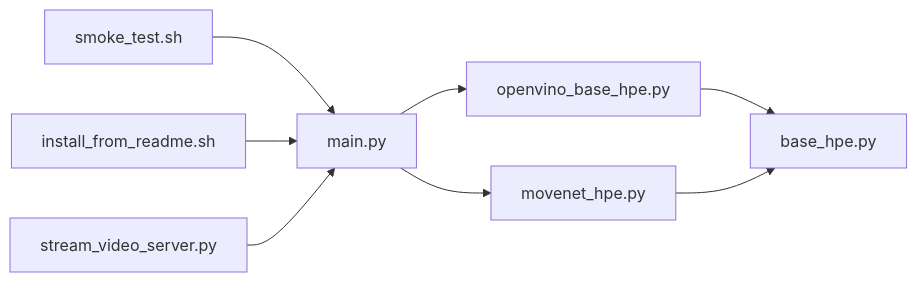
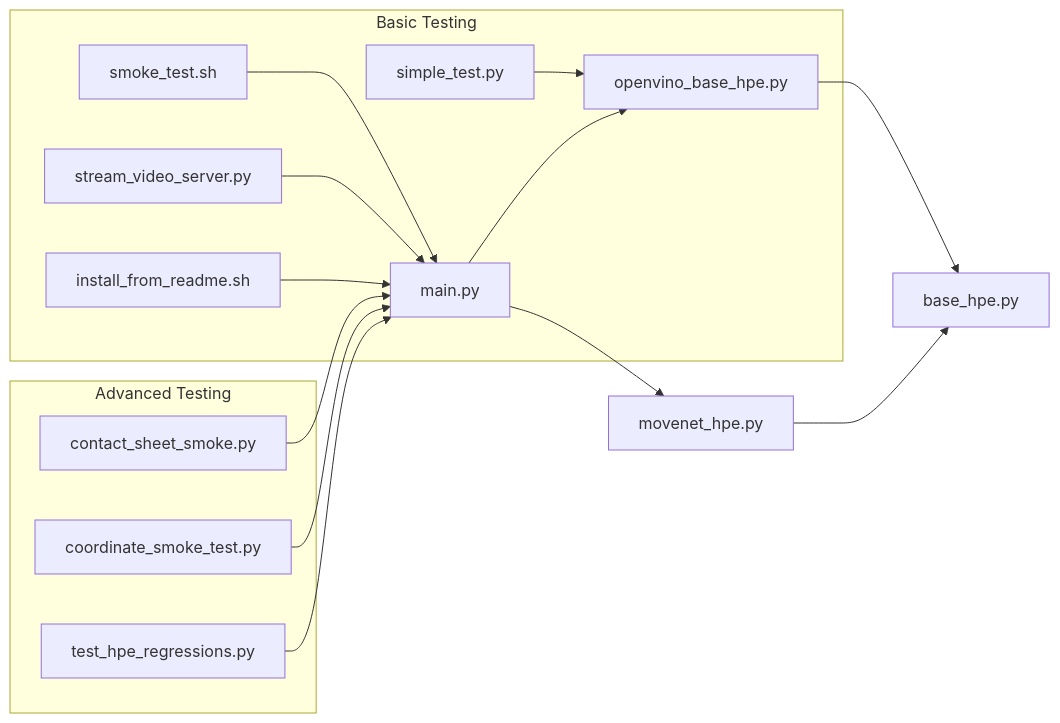
Before and after one commit to Fogus-Gr/MeasurementsDTs: the fifth of 5 diagrams in .qoder/repowiki/en/content/Development Tools/Testing and Validation.md, drawn with Mermaid. The commit also changed other lines of this file and 10 other files, not shown here.

````diff
--- a/.qoder/repowiki/en/content/Development Tools/Testing and Validation.md
+++ b/.qoder/repowiki/en/content/Development Tools/Testing and Validation.md
@@ -285,10 +373,18 @@
 ```mermaid
 graph LR
+subgraph "Basic Testing"
 ST["smoke_test.sh"] --> MAIN["main.py"]
-MAIN --> OVB["openvino_base_hpe.py"]
+SIM["simple_test.py"] --> OVB["openvino_base_hpe.py"]
+SVS["stream_video_server.py"] --> MAIN
+INS["install_from_readme.sh"] --> MAIN
+end
+subgraph "Advanced Testing"
+CSS["contact_sheet_smoke.py"] --> MAIN
+CTS["coordinate_smoke_test.py"] --> MAIN
+RT["test_hpe_regressions.py"] --> MAIN
+end
+MAIN --> OVB
 MAIN --> MN["movenet_hpe.py"]
 OVB --> BASE["base_hpe.py"]
 MN --> BASE
-INS["install_from_readme.sh"] --> MAIN
-SVS["stream_video_server.py"] --> MAIN
 ```
````
